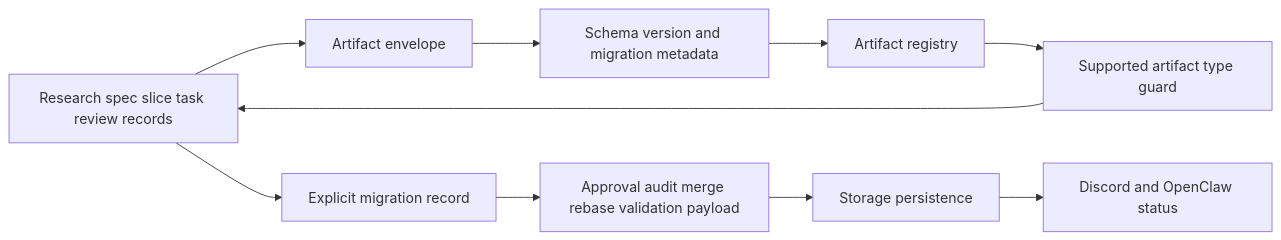
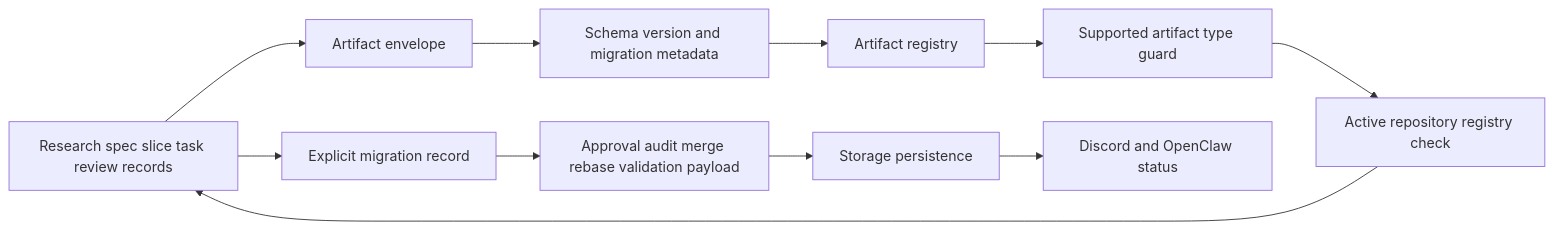
The diagram in packages/artifacts/README.md (VannaDii/ironloom), drawn with Mermaid before and after one commit. The commit also changed other lines of this file and 11 other files, not shown here.

Commit message:
fix: enforce active artifact registry validation

````diff
--- a/packages/artifacts/README.md
+++ b/packages/artifacts/README.md
@@ -13,12 +13,13 @@
 ```mermaid
 flowchart LR
   Lifecycle[Lifecycle service] --> Envelope[Artifact envelope]
   Envelope --> Version[Schema version and migration metadata]
   Version --> Registry[Artifact registry]
   Registry --> Supported[Supported artifact type guard]
-  Supported --> Lifecycle[Research spec slice task review records]
+  Supported --> Active[Active repository registry check]
+  Active --> Lifecycle[Research spec slice task review records]
   Lifecycle --> Migration[Explicit migration record]
   Migration --> Payload[Approval audit merge rebase validation payload]
   Payload --> Storage[Storage persistence]
   Storage --> Operator[Discord and OpenClaw status]
 ```
````
